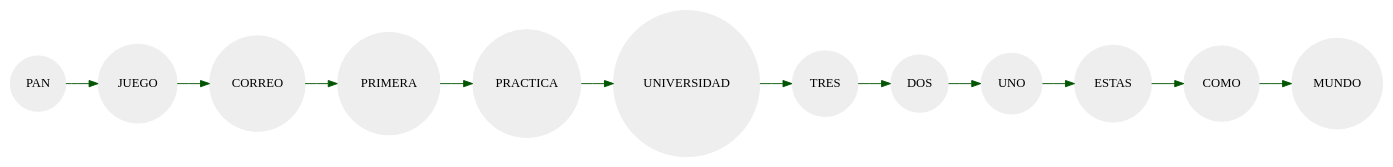
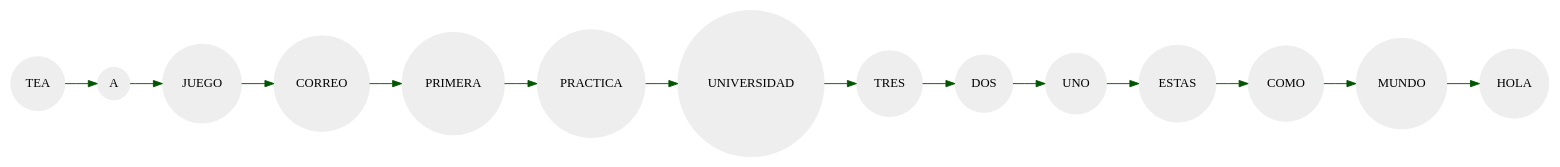
One commit to Caceres-Joseph/Practica1s12017_201513696 changed the diagram in src/Images/Grafo/diccionario.dot. Above: the diagram before and after it, drawn with Graphviz. The commit also changed 61 other files, not shown here.

```diff
--- a/src/Images/Grafo/diccionario.dot
+++ b/src/Images/Grafo/diccionario.dot
@@ -1,19 +1,21 @@
 digraph grafo {
 node [shape=circle];
 node [style=filled];
 node [fillcolor="#EEEEEE"];
 node [color="#EEEEEE"];
 edge [color="#005500   #214a89"];
-PAN->JUEGO;
+TEA->A;
+A->JUEGO;
 JUEGO->CORREO;
 CORREO->PRIMERA;
 PRIMERA->PRACTICA;
 PRACTICA->UNIVERSIDAD;
 UNIVERSIDAD->TRES;
 TRES->DOS;
 DOS->UNO;
 UNO->ESTAS;
 ESTAS->COMO;
 COMO->MUNDO;
+MUNDO->HOLA;
 
 rankdir=LR;}
```
